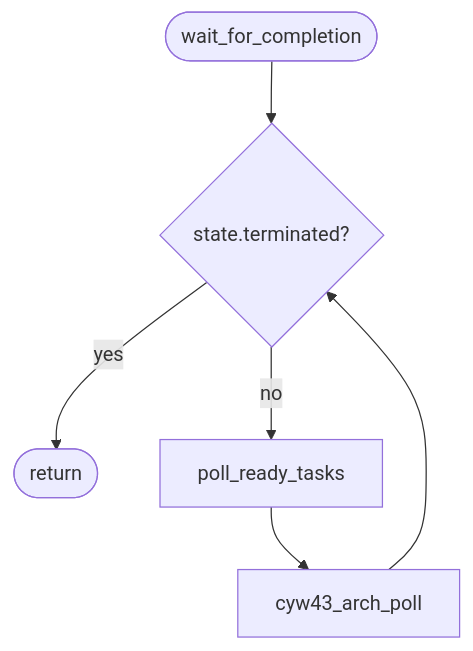
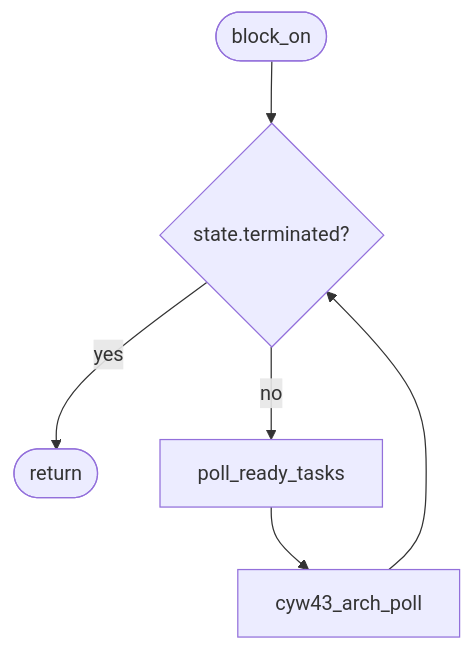
One commit to bts164/coro changed the first of 3 diagrams in doc/pico_port.md. Above: the diagram before and after it, drawn with Mermaid. The commit also changed other lines of this file and 25 other files, not shown here.

````diff
--- a/doc/pico_port.md
+++ b/doc/pico_port.md
@@ -40,8 +40,8 @@
 ```mermaid
 flowchart TD
-    Start([wait_for_completion]) --> Check{state.terminated?}
+    Start([block_on]) --> Check{state.terminated?}
     Check -->|yes| End([return])
     Check -->|no| Poll[poll_ready_tasks]
     Poll --> UV[cyw43_arch_poll]
     UV --> Check
 ```
````
